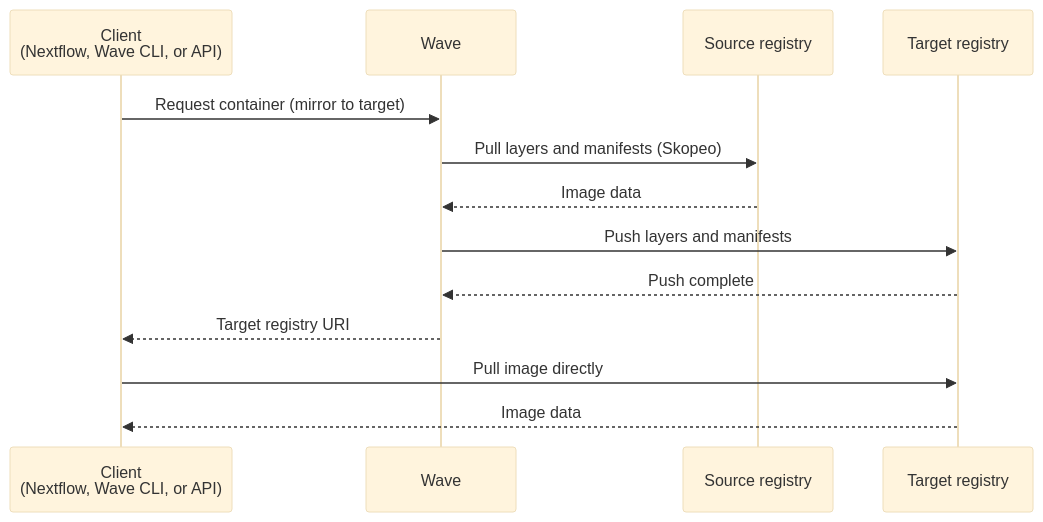
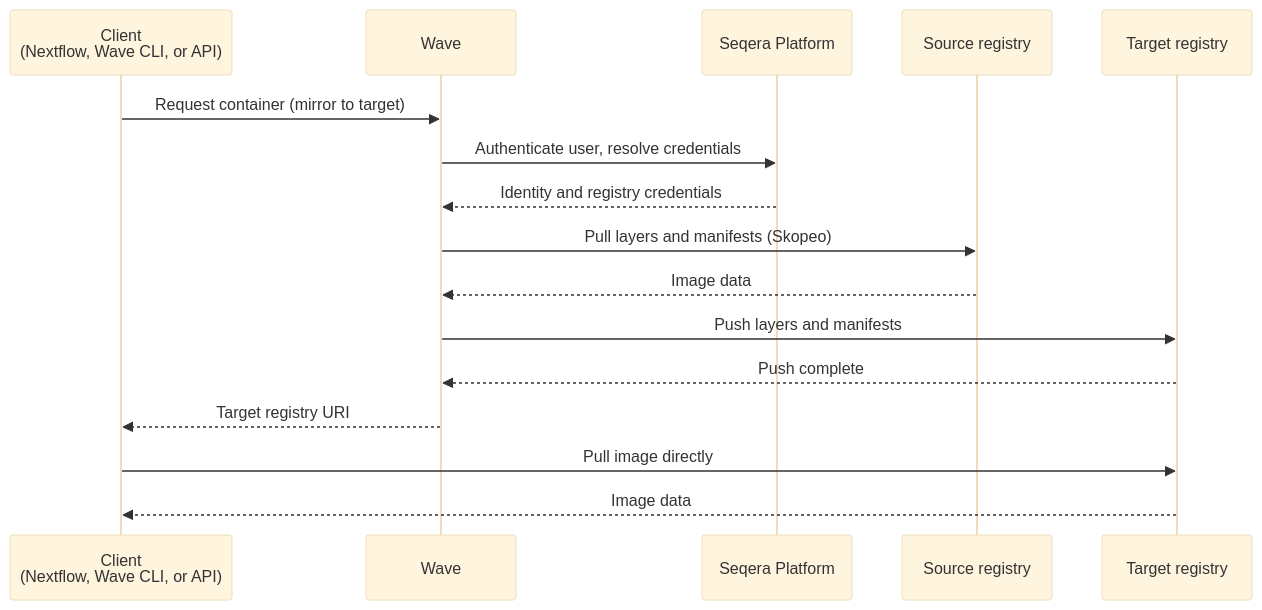
The diagram in docs/features/mirroring.mdx (seqeralabs/wave), drawn with Mermaid (base theme) before and after one commit. The commit also changed other lines of this file and 13 other files, not shown here.

````diff
--- a/docs/features/mirroring.mdx
+++ b/docs/features/mirroring.mdx
@@ -33,16 +34,19 @@
 ```mermaid
 sequenceDiagram
     participant Client as Client<br/>(Nextflow, Wave CLI, or API)
     participant Wave
+    participant Platform as Seqera Platform
     participant Source as Source registry
     participant Target as Target registry
 
     Client->>Wave: Request container (mirror to target)
+    Wave->>Platform: Authenticate user, resolve credentials
+    Platform-->>Wave: Identity and registry credentials
     Wave->>Source: Pull layers and manifests (Skopeo)
     Source-->>Wave: Image data
     Wave->>Target: Push layers and manifests
     Target-->>Wave: Push complete
     Wave-->>Client: Target registry URI
     Client->>Target: Pull image directly
     Target-->>Client: Image data
 ```
````
